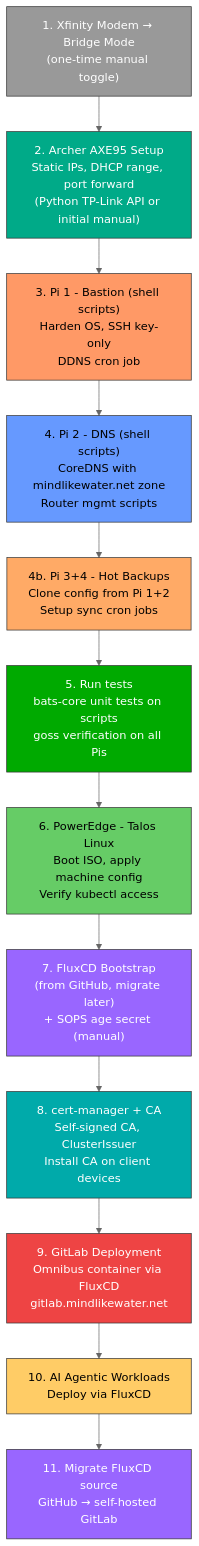
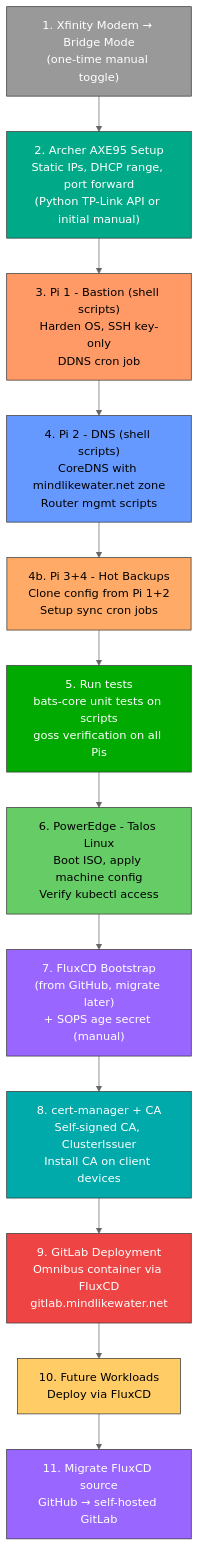
One commit to thewoolleyman/home-tech-infrastructure changed the eighth of 11 diagrams in _bmad-output/brainstorming/architecture-diagram.md. Above: the diagram before and after it, drawn with Mermaid (neutral theme). The commit also changed other lines of this file and 2 other files, not shown here.

Commit message:
Start BMAD product brief and correct AI framing across docs
Begin product brief workflow (Steps 1-2 complete: init + vision).
Correct "AI Agentic Workloads" to "Future Workloads (no LLM runtime
dependency)" in architecture diagram. Clarify in README that AI builds
the system; the running infrastructure uses only deterministic automation.

````diff
--- a/_bmad-output/brainstorming/architecture-diagram.md
+++ b/_bmad-output/brainstorming/architecture-diagram.md
@@ -402,30 +402,30 @@
 ```mermaid
 flowchart TD
     B1["1. Xfinity Modem → Bridge Mode<br/>(one-time manual toggle)"]
     B2["2. Archer AXE95 Setup<br/>Static IPs, DHCP range, port forward<br/>(Python TP-Link API or initial manual)"]
     B3["3. Pi 1 - Bastion (shell scripts)<br/>Harden OS, SSH key-only<br/>DDNS cron job"]
     B4["4. Pi 2 - DNS (shell scripts)<br/>CoreDNS with mindlikewater.net zone<br/>Router mgmt scripts"]
     B4B["4b. Pi 3+4 - Hot Backups<br/>Clone config from Pi 1+2<br/>Setup sync cron jobs"]
     B5["5. Run tests<br/>bats-core unit tests on scripts<br/>goss verification on all Pis"]
     B6["6. PowerEdge - Talos Linux<br/>Boot ISO, apply machine config<br/>Verify kubectl access"]
     B7["7. FluxCD Bootstrap<br/>(from GitHub, migrate later)<br/>+ SOPS age secret (manual)"]
     B8["8. cert-manager + CA<br/>Self-signed CA, ClusterIssuer<br/>Install CA on client devices"]
     B9["9. GitLab Deployment<br/>Omnibus container via FluxCD<br/>gitlab.mindlikewater.net"]
-    B10["10. AI Agentic Workloads<br/>Deploy via FluxCD"]
+    B10["10. Future Workloads<br/>Deploy via FluxCD"]
     B11["11. Migrate FluxCD source<br/>GitHub → self-hosted GitLab"]
 
     B1 --> B2 --> B3 --> B4 --> B4B --> B5 --> B6 --> B7 --> B8 --> B9 --> B10 --> B11
 
     style B1 fill:#999,stroke:#333,color:#fff
     style B2 fill:#0a8,stroke:#333,color:#fff
     style B3 fill:#f96,stroke:#333
     style B4 fill:#69f,stroke:#333
     style B4B fill:#fa6,stroke:#333
     style B5 fill:#0a0,stroke:#333,color:#fff
     style B6 fill:#6c6,stroke:#333
     style B7 fill:#96f,stroke:#333,color:#fff
     style B8 fill:#0aa,stroke:#333,color:#fff
     style B9 fill:#e44,stroke:#333,color:#fff
     style B10 fill:#fc6,stroke:#333
     style B11 fill:#96f,stroke:#333,color:#fff
 ```
````
